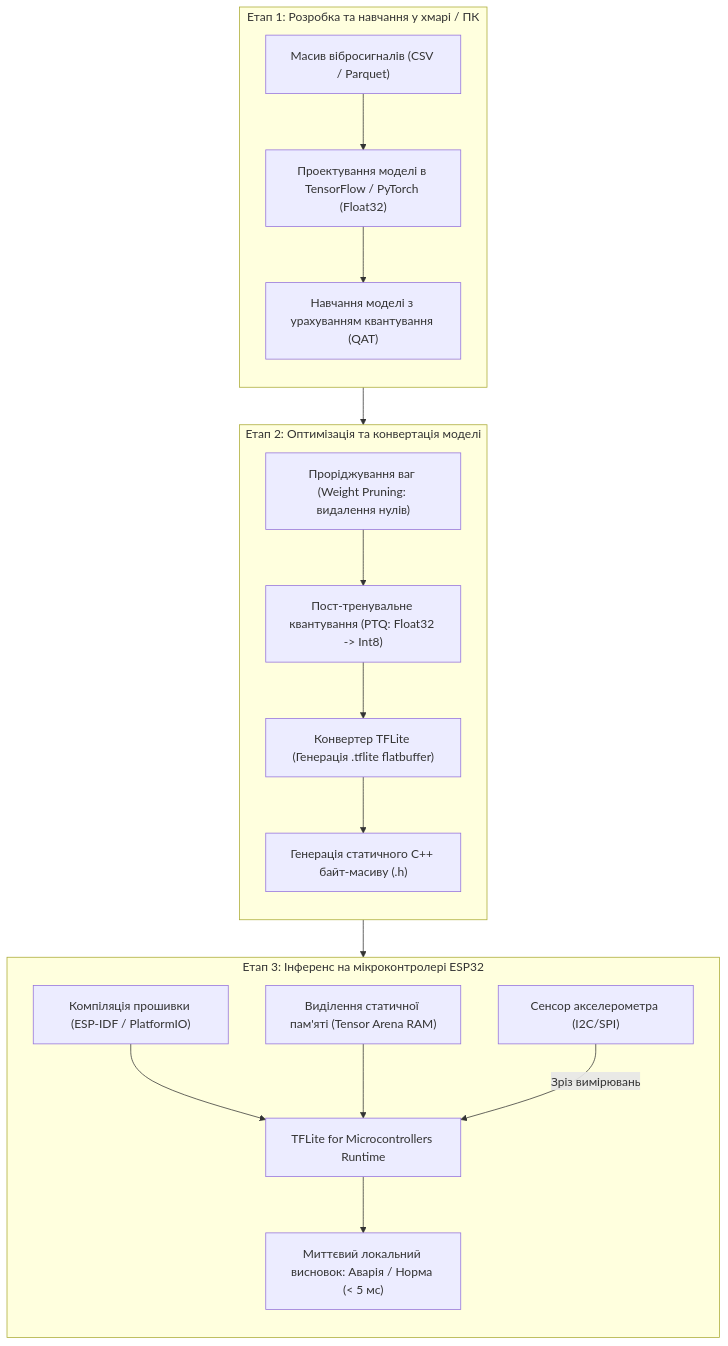
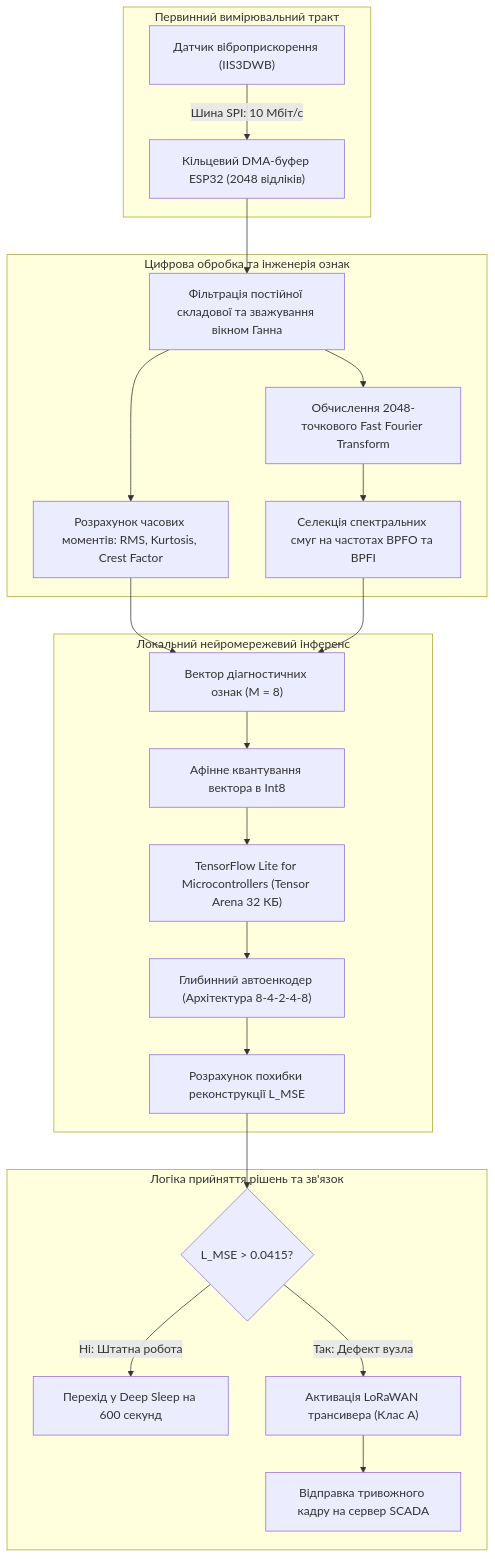
One commit to KyryloVadurin/iot-technologies changed the fourth of 4 diagrams in docs/lk/lk14.md. Above: the diagram before and after it, drawn with Mermaid. The commit also changed other lines of this file, not shown here.

````diff
--- a/docs/lk/lk14.md
+++ b/docs/lk/lk14.md
@@ -133,35 +399,29 @@
 ```mermaid
 flowchart TD
-    subgraph DevelopmentTraining["Етап 1: Розробка та навчання у хмарі / ПК"]
-        direction TB
-        Dataset["Масив вібросигналів (CSV / Parquet)"]
-        ModelDev["Проектування моделі в TensorFlow / PyTorch (Float32)"]
-        Training["Навчання моделі з урахуванням квантування (QAT)"]
-        Dataset --> ModelDev --> Training
+    subgraph DataAcquisition["Первинний вимірювальний тракт"]
+        A["Датчик віброприскорення (IIS3DWB)"] -->|Шина SPI: 10 Мбіт/с| B["Кільцевий DMA-буфер ESP32 (2048 відліків)"]
     end
 
-    subgraph OptimizationCompression["Етап 2: Оптимізація та конвертація моделі"]
-        direction TB
-        Pruning["Проріджування ваг (Weight Pruning: видалення нулів)"]
-        Quantization["Пост-тренувальне квантування (PTQ: Float32 -> Int8)"]
-        TFLite_Conv["Конвертер TFLite (Генерація .tflite flatbuffer)"]
-        CPP_Header["Генерація статичного C++ байт-масиву (.h)"]
-        
-        Training --> Pruning --> Quantization --> TFLite_Conv --> CPP_Header
+    subgraph EdgeProcessing["Цифрова обробка та інженерія ознак"]
+        B --> C["Фільтрація постійної складової та зважування вікном Ганна"]
+        C --> D["Розрахунок часових моментів: RMS, Kurtosis, Crest Factor"]
+        C --> E["Обчислення 2048-точкового Fast Fourier Transform"]
+        E --> F["Селекція спектральних смуг на частотах BPFO та BPFI"]
     end
 
-    subgraph EdgeDeployment["Етап 3: Інференс на мікроконтролері ESP32"]
-        direction TB
-        FirmwareBuild["Компіляція прошивки (ESP-IDF / PlatformIO)"]
-        TensorArena["Виділення статичної пам'яті (Tensor Arena RAM)"]
-        MicroInterpreter["TFLite for Microcontrollers Runtime"]
-        PhysicalSensor["Сенсор акселерометра (I2C/SPI)"]
-        EdgeDecision["Миттєвий локальний висновок: Аварія / Норма (< 5 мс)"]
-        
-        CPP_Header --> FirmwareBuild
-        FirmwareBuild --> MicroInterpreter
-        TensorArena --> MicroInterpreter
-        PhysicalSensor -->|Зріз вимірювань| MicroInterpreter
-        MicroInterpreter --> EdgeDecision
+    subgraph TinyMLInference["Локальний нейромережевий інференс"]
+        D --> G["Вектор діагностичних ознак (M = 8)"]
+        F --> G
+        G --> H["Афінне квантування вектора в Int8"]
+        H --> I["TensorFlow Lite for Microcontrollers (Tensor Arena 32 КБ)"]
+        I --> J["Глибинний автоенкодер (Архітектура 8-4-2-4-8)"]
+        J --> K["Розрахунок похибки реконструкції L_MSE"]
+    end
+
+    subgraph DecisionMaking["Логіка прийняття рішень та зв'язок"]
+        K --> L{"L_MSE > 0.0415?"}
+        L -->|Ні: Штатна робота| M["Перехід у Deep Sleep на 600 секунд"]
+        L -->|Так: Дефект вузла| N["Активація LoRaWAN трансивера (Клас A)"]
+        N --> O["Відправка тривожного кадру на сервер SCADA"]
     end
 ```
````
